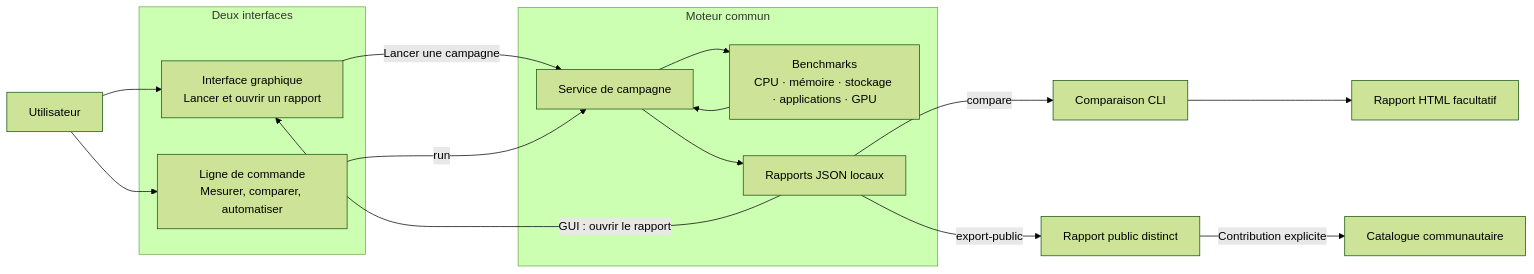
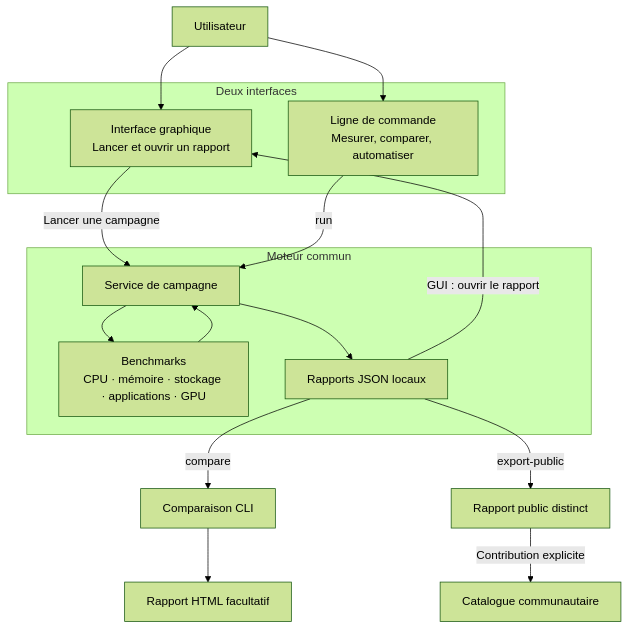
Before and after one commit to frchalaoux/perfcomparator: the first of 2 diagrams in README.md, drawn with Mermaid (forest theme). The commit also changed other lines of this file and 1 other file, not shown here.

````diff
--- a/README.md
+++ b/README.md
@@ -34,25 +34,25 @@
 ```mermaid
-flowchart LR
+flowchart TB
     USER["Utilisateur"]
     subgraph MODES["Deux interfaces"]
         GUI["Interface graphique\nLancer et ouvrir un rapport"]
         CLI["Ligne de commande\nMesurer, comparer, automatiser"]
     end
     subgraph CORE["Moteur commun"]
         SERVICE["Service de campagne"]
         BENCH["Benchmarks\nCPU · mémoire · stockage · applications · GPU"]
         REPORTS["Rapports JSON locaux"]
     end
     USER --> GUI
     USER --> CLI
     GUI -->|Lancer une campagne| SERVICE
     CLI -->|run| SERVICE
     SERVICE --> BENCH
     BENCH --> SERVICE
     SERVICE --> REPORTS
     REPORTS -->|GUI : ouvrir le rapport| GUI
     REPORTS -->|compare| COMPARISON["Comparaison CLI"]
     COMPARISON --> HTML["Rapport HTML facultatif"]
     REPORTS -->|export-public| PUBLIC["Rapport public distinct"]
     PUBLIC -->|Contribution explicite| CATALOGUE["Catalogue communautaire"]
 ```
````
